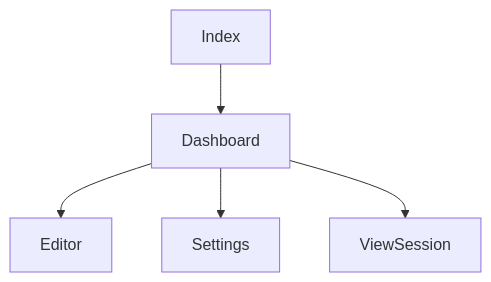
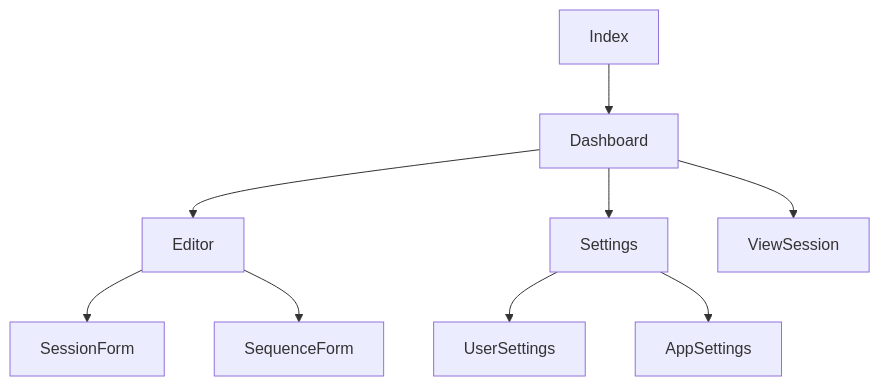
The first of 2 diagrams in docs/components/pages.md (Tallec7/sportify-sequence-create), drawn with Mermaid before and after one commit. The commit also changed other lines of this file and 4 other files, not shown here.

````diff
--- a/docs/components/pages.md
+++ b/docs/components/pages.md
@@ -32,7 +7,11 @@
 ```mermaid
 graph TD
     A[Index] --> B[Dashboard]
     B --> C[Editor]
     B --> D[Settings]
     B --> E[ViewSession]
+    C --> F[SessionForm]
+    C --> G[SequenceForm]
+    D --> H[UserSettings]
+    D --> I[AppSettings]
 ```
````
